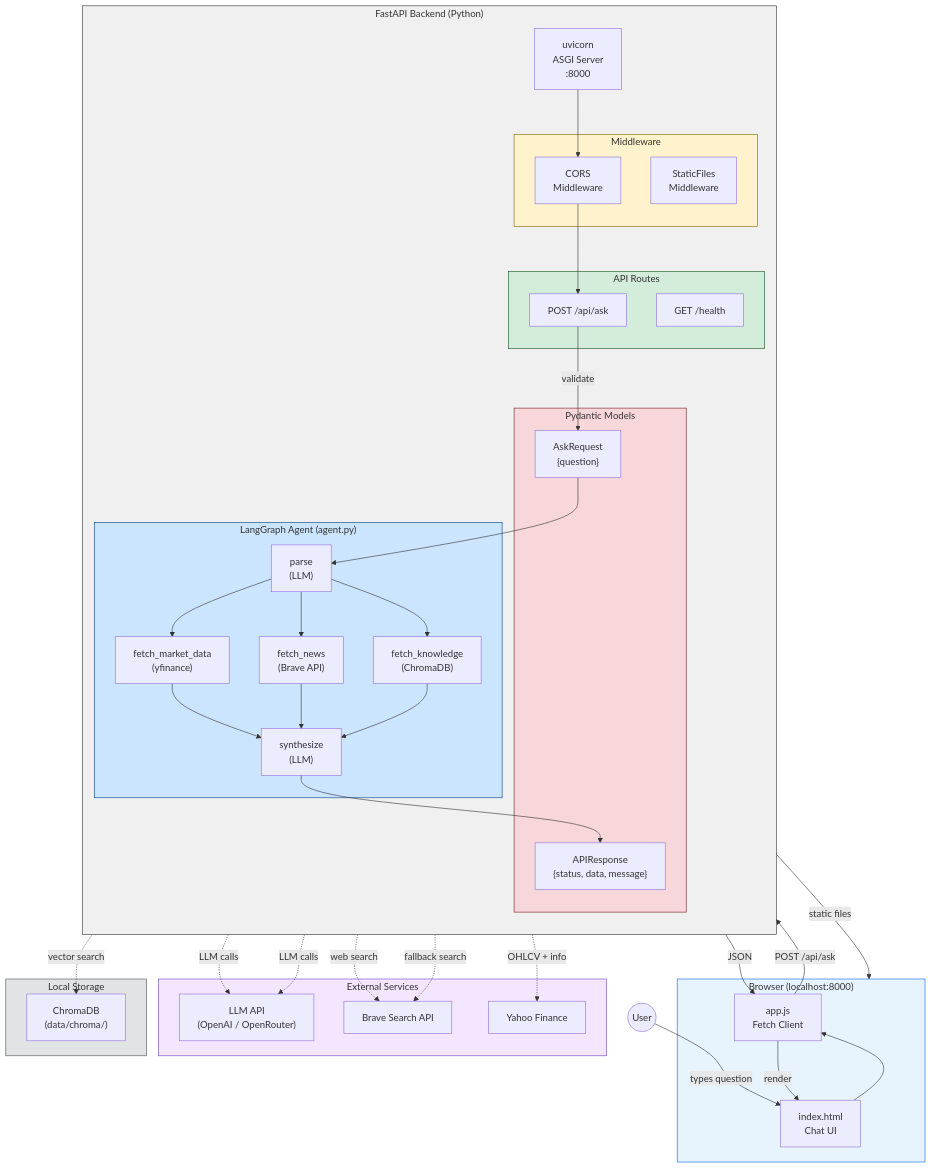
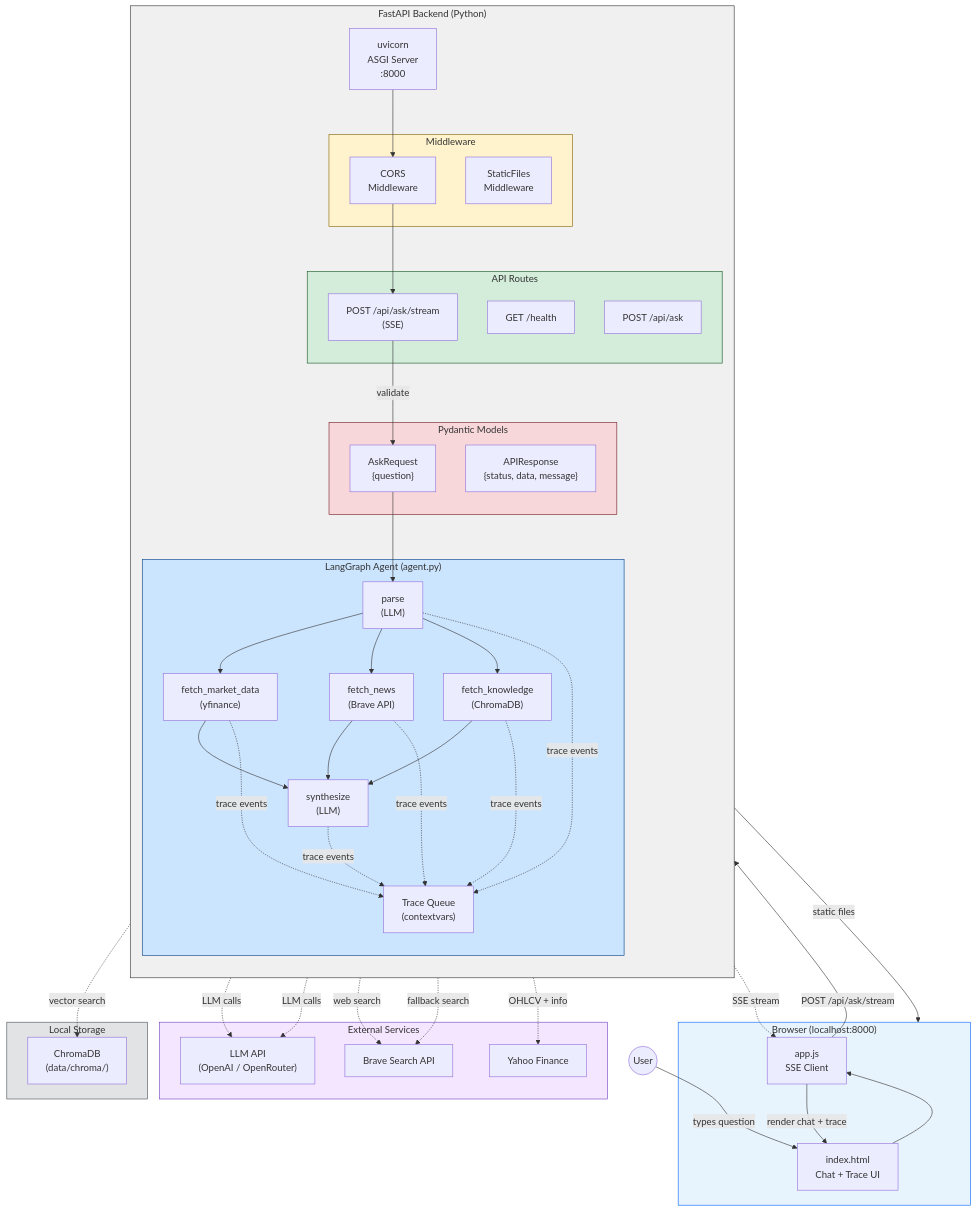
Before and after one commit to KevinYum/financial-qa-agent: the diagram in README.md, drawn with Mermaid. The commit also changed other lines of this file and 18 other files, not shown here.

````diff
--- a/README.md
+++ b/README.md
@@ -31,79 +31,81 @@
 ```mermaid
 flowchart TB
     subgraph Browser["Browser (localhost:8000)"]
-        UI["index.html\nChat UI"]
-        JS["app.js\nFetch Client"]
+        UI["index.html\nChat + Trace UI"]
+        JS["app.js\nSSE Client"]
     end
 
     subgraph Backend["FastAPI Backend (Python)"]
         direction TB
         UV["uvicorn\nASGI Server\n:8000"]
 
         subgraph Middleware["Middleware"]
             CORS["CORS\nMiddleware"]
             STATIC["StaticFiles\nMiddleware"]
         end
 
         subgraph Routes["API Routes"]
             HEALTH["GET /health"]
             ASK["POST /api/ask"]
+            STREAM["POST /api/ask/stream\n(SSE)"]
         end
 
         subgraph Models["Pydantic Models"]
             REQ["AskRequest\n{question}"]
             RES["APIResponse\n{status, data, message}"]
         end
 
         subgraph AgentCore["LangGraph Agent (agent.py)"]
+            TRACE["Trace Queue\n(contextvars)"]
             PARSE["parse\n(LLM)"]
             FETCH_MD["fetch_market_data\n(yfinance)"]
             FETCH_NEWS["fetch_news\n(Brave API)"]
             FETCH_KB["fetch_knowledge\n(ChromaDB)"]
             SYNTH["synthesize\n(LLM)"]
         end
     end
 
     subgraph External["External Services"]
         LLM_API["LLM API\n(OpenAI / OpenRouter)"]
         BRAVE["Brave Search API"]
         YAHOO["Yahoo Finance"]
     end
 
     subgraph Local["Local Storage"]
         CHROMA["ChromaDB\n(data/chroma/)"]
     end
 
     %% User interaction
     USER((User)) -- "types question" --> UI
     UI --> JS
-    JS -- "POST /api/ask" --> UV
+    JS -- "POST /api/ask/stream" --> UV
 
     %% Request flow
-    UV --> CORS --> ASK
+    UV --> CORS --> STREAM
     STATIC -- "static files" --> Browser
 
     %% Agent flow
-    ASK -- "validate" --> REQ
+    STREAM -- "validate" --> REQ
     REQ --> PARSE
     PARSE --> FETCH_MD & FETCH_NEWS & FETCH_KB
     FETCH_MD & FETCH_NEWS & FETCH_KB --> SYNTH
-    SYNTH --> RES
-    RES -- "JSON" --> JS
-    JS -- "render" --> UI
+    PARSE & FETCH_MD & FETCH_NEWS & FETCH_KB & SYNTH -. "trace events" .-> TRACE
+    TRACE -. "SSE stream" .-> JS
+    JS -- "render chat + trace" --> UI
 
     %% External connections
     PARSE & SYNTH -. "LLM calls" .-> LLM_API
     FETCH_MD -. "OHLCV + info" .-> YAHOO
     FETCH_NEWS -. "web search" .-> BRAVE
     FETCH_KB -. "vector search" .-> CHROMA
     FETCH_KB -. "fallback search" .-> BRAVE
 
     style Browser fill:#e8f4fd,stroke:#0066ff
     style Backend fill:#f0f0f0,stroke:#333
     style Middleware fill:#fff3cd,stroke:#856404
     style Routes fill:#d4edda,stroke:#155724
     style Models fill:#f8d7da,stroke:#721c24
     style AgentCore fill:#cce5ff,stroke:#004085
     style External fill:#f5e6ff,stroke:#6f42c1
     style Local fill:#e2e3e5,stroke:#495057
 ```
````
